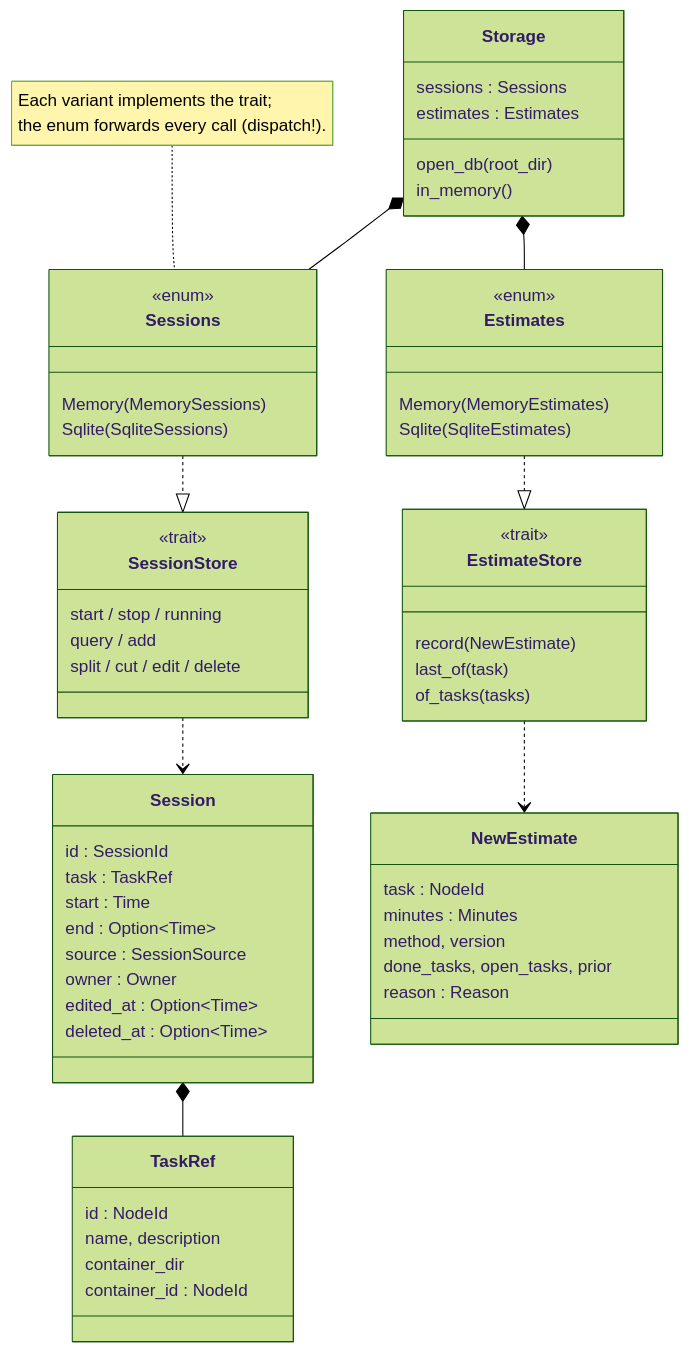
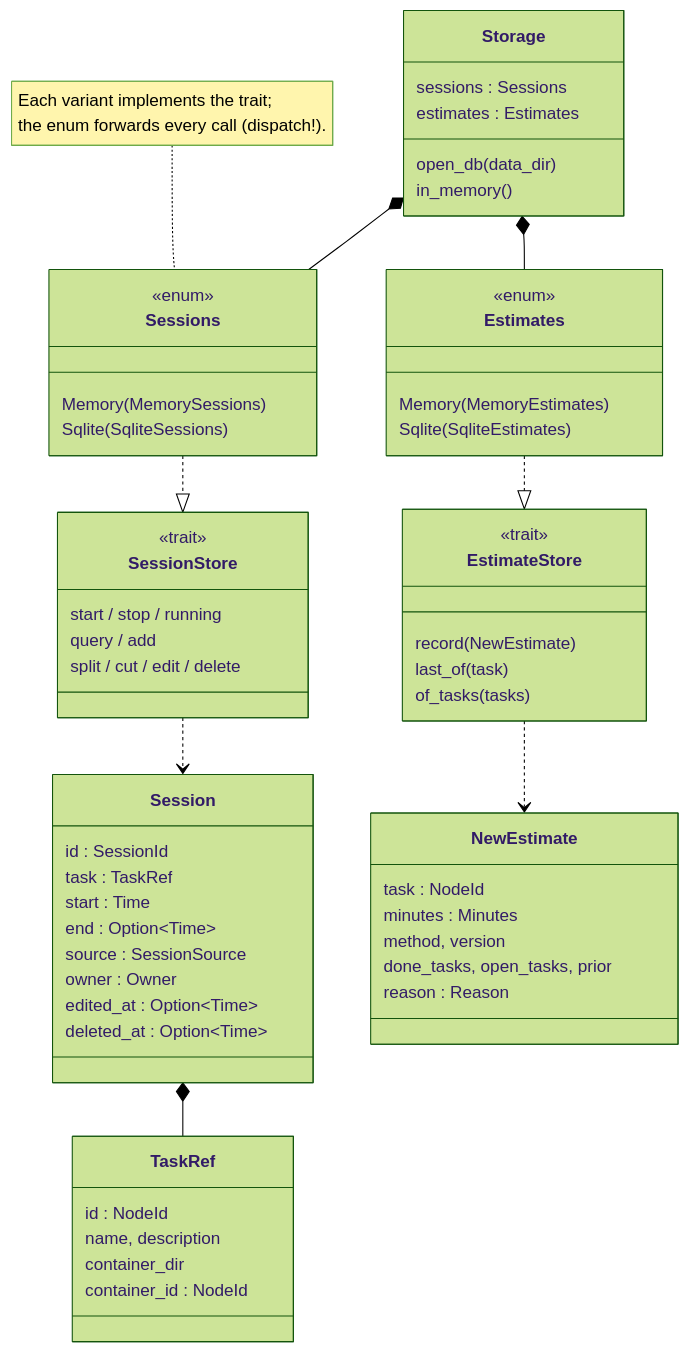
One commit to jqyDee/udo changed the diagram in docs/architecture/storage.md. Above: the diagram before and after it, drawn with Mermaid (forest theme). The commit also changed other lines of this file and 6 other files, not shown here.

Commit message:
docs: config root vs data dir (#93)

````diff
--- a/docs/architecture/storage.md
+++ b/docs/architecture/storage.md
@@ -7,64 +7,64 @@
 ```mermaid
 classDiagram
     class Storage {
         sessions : Sessions
         estimates : Estimates
-        open_db(root_dir)
+        open_db(data_dir)
         in_memory()
     }
     class Sessions {
         <<enum>>
         Memory(MemorySessions)
         Sqlite(SqliteSessions)
     }
     class Estimates {
         <<enum>>
         Memory(MemoryEstimates)
         Sqlite(SqliteEstimates)
     }
     class SessionStore {
         <<trait>>
         start / stop / running
         query / add
         split / cut / edit / delete
     }
     class EstimateStore {
         <<trait>>
         record(NewEstimate)
         last_of(task)
         of_tasks(tasks)
     }
     class Session {
         id : SessionId
         task : TaskRef
         start : Time
         end : Option~Time~
         source : SessionSource
         owner : Owner
         edited_at : Option~Time~
         deleted_at : Option~Time~
     }
     class TaskRef {
         id : NodeId
         name, description
         container_dir
         container_id : NodeId
     }
     class NewEstimate {
         task : NodeId
         minutes : Minutes
         method, version
         done_tasks, open_tasks, prior
         reason : Reason
     }
 
     Storage *-- Sessions
     Storage *-- Estimates
     Sessions ..|> SessionStore
     Estimates ..|> EstimateStore
     SessionStore ..> Session
     Session *-- TaskRef
     EstimateStore ..> NewEstimate
 
     note for Sessions "Each variant implements the trait;<br/>the enum forwards every call (dispatch!)."
 ```
````
